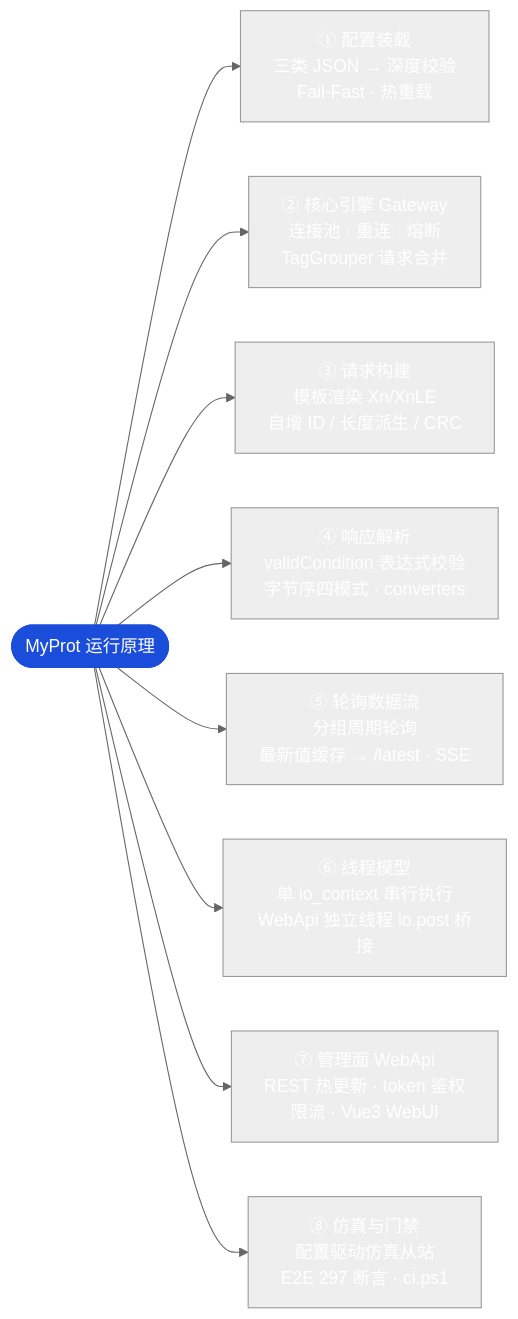
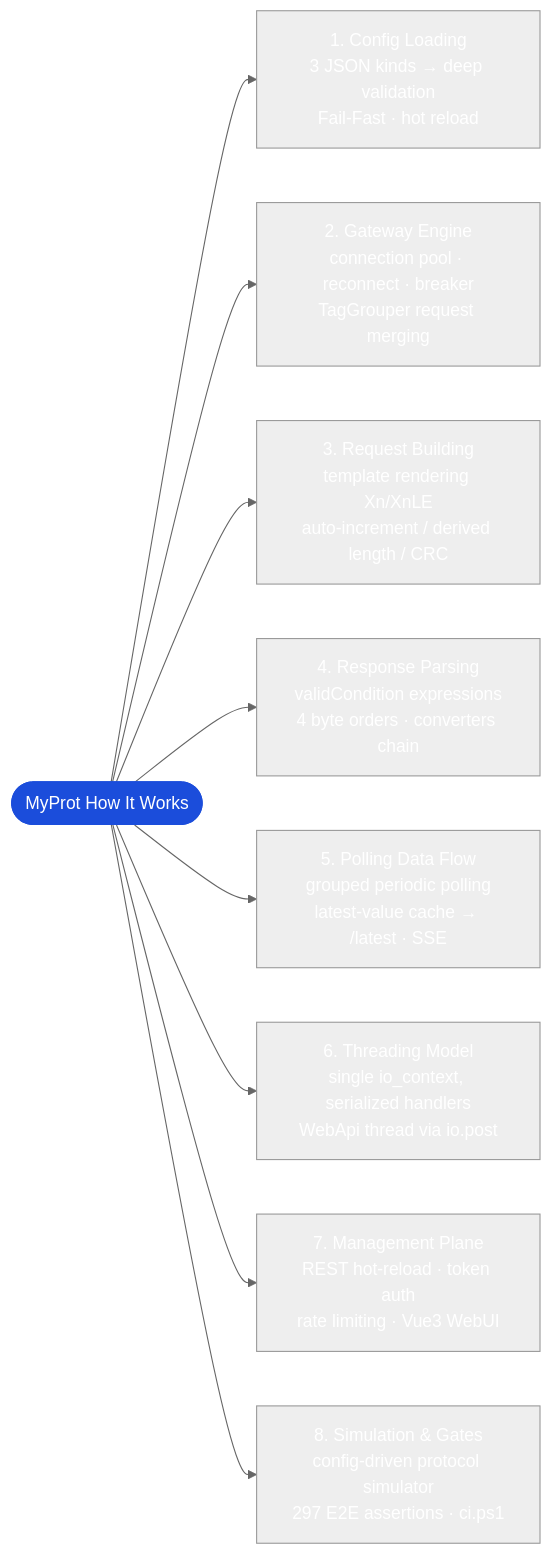
The diagram in README.md (ladderYk/MyProtV2), drawn with Mermaid (neutral theme) before and after one commit. The commit also changed other lines of this file and 84 other files, not shown here.

````diff
--- a/README.md
+++ b/README.md
@@ -86,13 +88,13 @@
 ```mermaid
 flowchart LR
-    ROOT(["MyProt 运行原理"]) --> A["① 配置装载<br/>三类 JSON → 深度校验<br/>Fail-Fast · 热重载"]
-    ROOT --> B["② 核心引擎 Gateway<br/>连接池 · 重连 · 熔断<br/>TagGrouper 请求合并"]
-    ROOT --> C["③ 请求构建<br/>模板渲染 Xn/XnLE<br/>自增 ID / 长度派生 / CRC"]
-    ROOT --> D["④ 响应解析<br/>validCondition 表达式校验<br/>字节序四模式 · converters"]
-    ROOT --> E["⑤ 轮询数据流<br/>分组周期轮询<br/>最新值缓存 → /latest · SSE"]
-    ROOT --> F["⑥ 线程模型<br/>单 io_context 串行执行<br/>WebApi 独立线程 io.post 桥接"]
-    ROOT --> G["⑦ 管理面 WebApi<br/>REST 热更新 · token 鉴权<br/>限流 · Vue3 WebUI"]
-    ROOT --> H["⑧ 仿真与门禁<br/>配置驱动仿真从站<br/>E2E 297 断言 · ci.ps1"]
+    ROOT(["MyProt How It Works"]) --> A["1. Config Loading<br/>3 JSON kinds → deep validation<br/>Fail-Fast · hot reload"]
+    ROOT --> B["2. Gateway Engine<br/>connection pool · reconnect · breaker<br/>TagGrouper request merging"]
+    ROOT --> C["3. Request Building<br/>template rendering Xn/XnLE<br/>auto-increment / derived length / CRC"]
+    ROOT --> D["4. Response Parsing<br/>validCondition expressions<br/>4 byte orders · converters chain"]
+    ROOT --> E["5. Polling Data Flow<br/>grouped periodic polling<br/>latest-value cache → /latest · SSE"]
+    ROOT --> F["6. Threading Model<br/>single io_context, serialized handlers<br/>WebApi thread via io.post"]
+    ROOT --> G["7. Management Plane<br/>REST hot-reload · token auth<br/>rate limiting · Vue3 WebUI"]
+    ROOT --> H["8. Simulation & Gates<br/>config-driven protocol simulator<br/>297 E2E assertions · ci.ps1"]
     classDef root fill:#1B4DDB,stroke:#1B4DDB,color:#ffffff;
     class ROOT root
 ```
````
